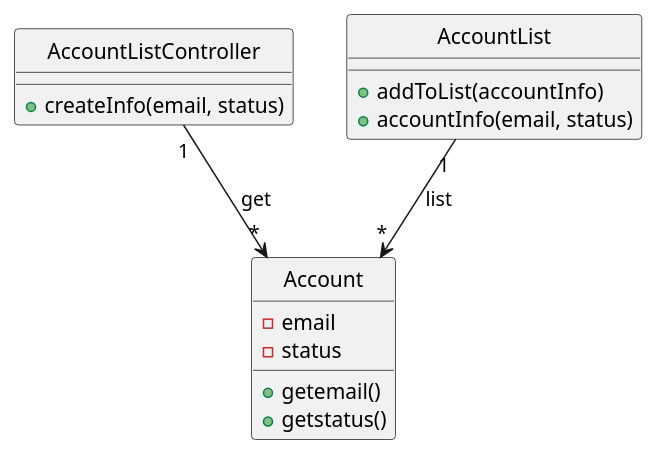
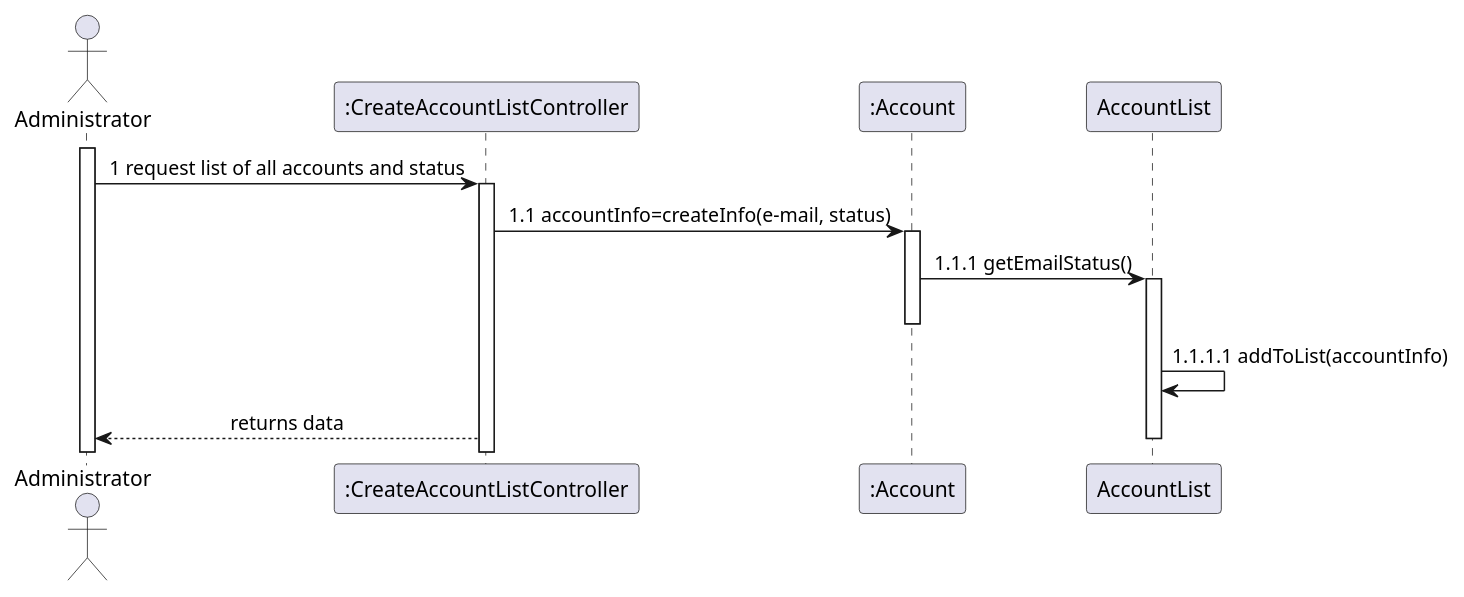
One commit to Loracline/project_switch_22-23 changed the diagram in docs/modelling_design/user_stories/us004/US004_Sequence_Diagram.puml. Above: the diagram before and after it, drawn with PlantUML. The commit also changed 1 other file, not shown here.

```diff
--- a/docs/modelling_design/user_stories/us004/US004_Sequence_Diagram.puml
+++ b/docs/modelling_design/user_stories/us004/US004_Sequence_Diagram.puml
@@ -1,25 +1,21 @@
 @startuml
 
-class Account{
--email
--status
-+getemail()
-+getstatus()
+skinparam sequenceMessageAlign center
+actor "Administrator"
+participant ":CreateAccountListController" as cal
+participant ":Account" as acc
+participant "AccountList" as acclist
 
-}
-class "AccountListController" {
-+createInfo(email, status)
-}
-class AccountList{
-+addToList(accountInfo)
-+accountInfo(email, status)
-}
-
-"AccountList" "1" --> "*" Account: list
-"AccountListController" "1" --> "*" Account: get
-
-hide "Account" circle
-hide "AccountList" circle
-hide "AccountListController" circle
+activate Administrator
+Administrator -> cal: 1 request list of all accounts and status
+activate cal
+cal -> acc: 1.1 accountInfo=createInfo(e-mail, status)
+activate acc
+acc -> acclist: 1.1.1 getEmailStatus()
+activate acclist
+deactivate acc
+acclist -> acclist: 1.1.1.1 addToList(accountInfo)
+cal --> Administrator: returns data
+deactivate acclist
 
 @enduml
```
